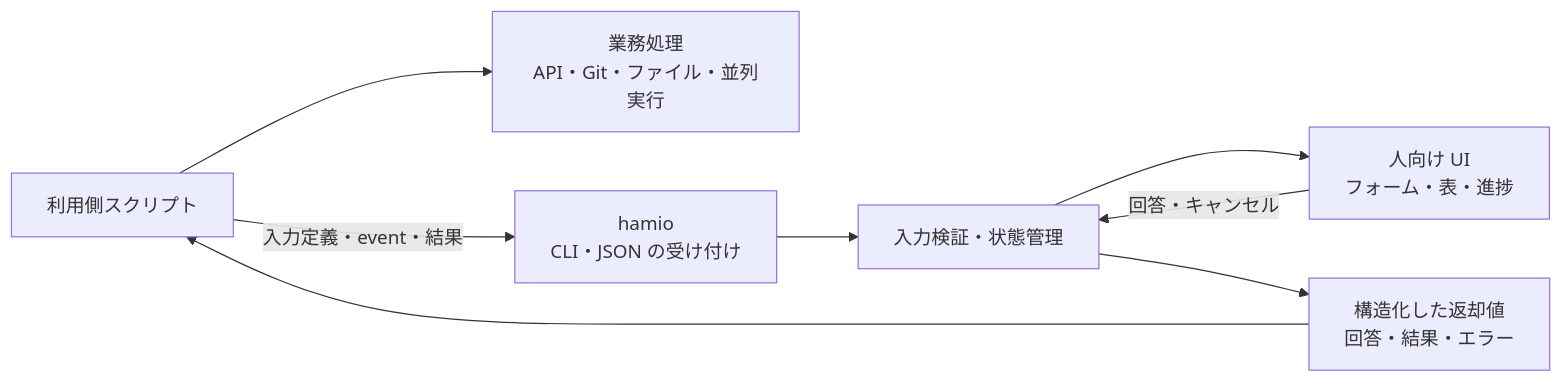
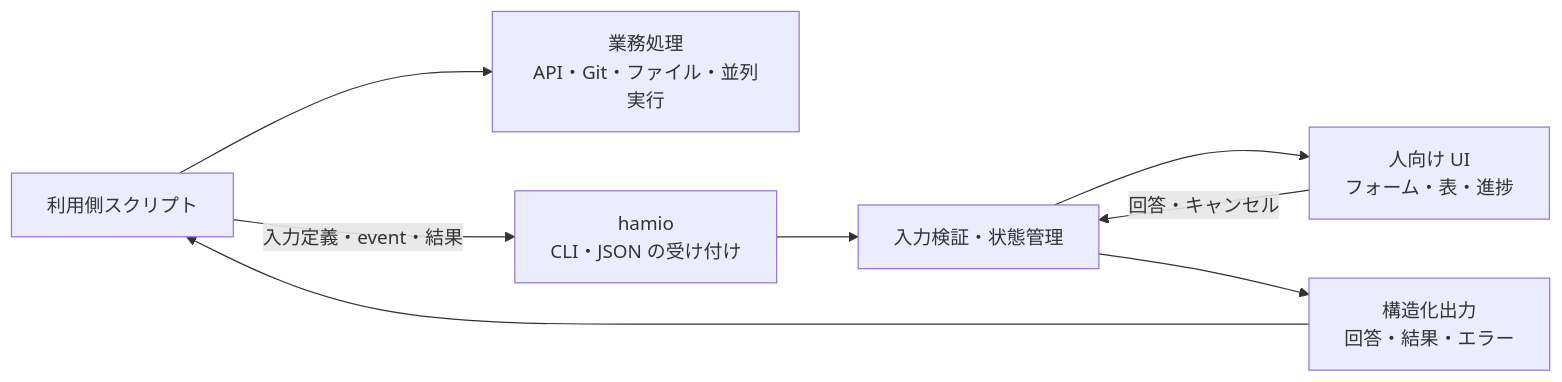
The diagram in docs/design.md (9uiLe/hamio), drawn with Mermaid before and after one commit. The commit also changed other lines of this file and 16 other files, not shown here.

````diff
--- a/docs/design.md
+++ b/docs/design.md
@@ -57,16 +57,10 @@
 ```mermaid
 flowchart LR
-    U["利用側スクリプト"]
-    B["業務処理<br/>API・Git・ファイル・並列実行"]
-    C["hamio<br/>CLI・JSON の受け付け"]
-    M["入力検証・状態管理"]
-    H["人向け UI<br/>フォーム・表・進捗"]
-    R["構造化した返却値<br/>回答・結果・エラー"]
-    U --> B
-    U -->|入力定義・event・結果| C
-    C --> M
-    M --> H
+    U["利用側スクリプト"] --> B["業務処理<br/>API・Git・ファイル・並列実行"]
+    U -->|入力定義・event・結果| C["hamio<br/>CLI・JSON の受け付け"]
+    C --> M["入力検証・状態管理"]
+    M --> H["人向け UI<br/>フォーム・表・進捗"]
     H -->|回答・キャンセル| M
-    M --> R
+    M --> R["構造化出力<br/>回答・結果・エラー"]
     R --> U
 ```
````
